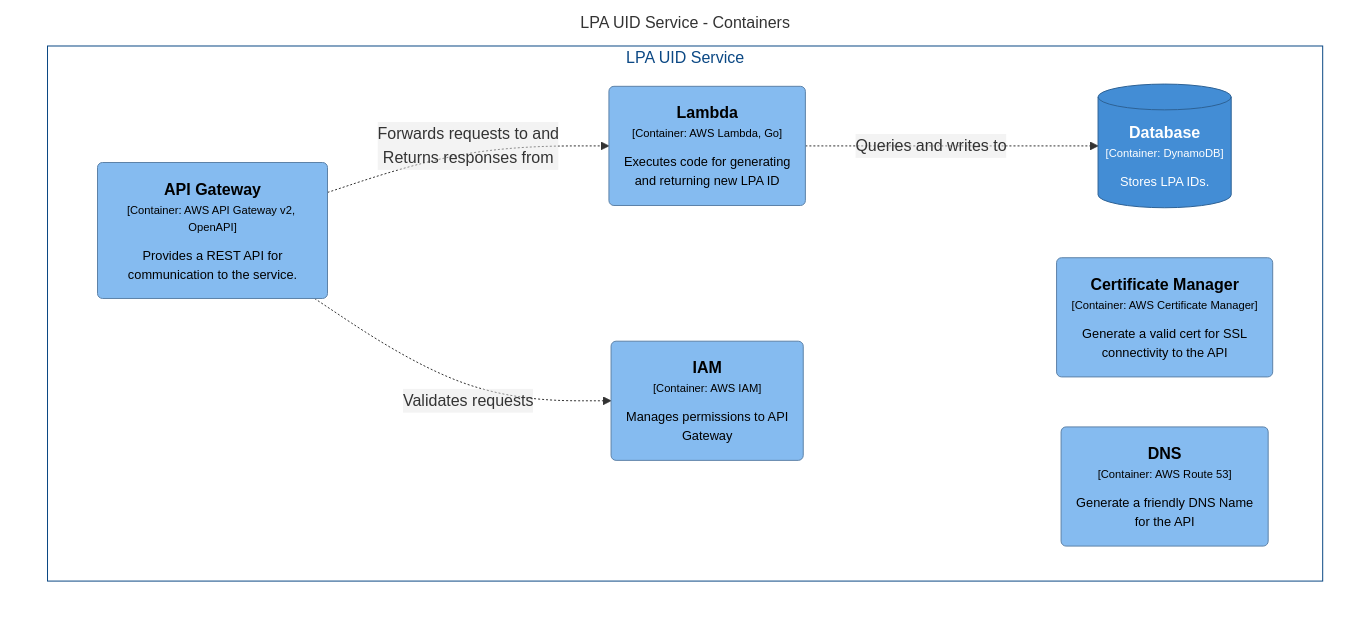
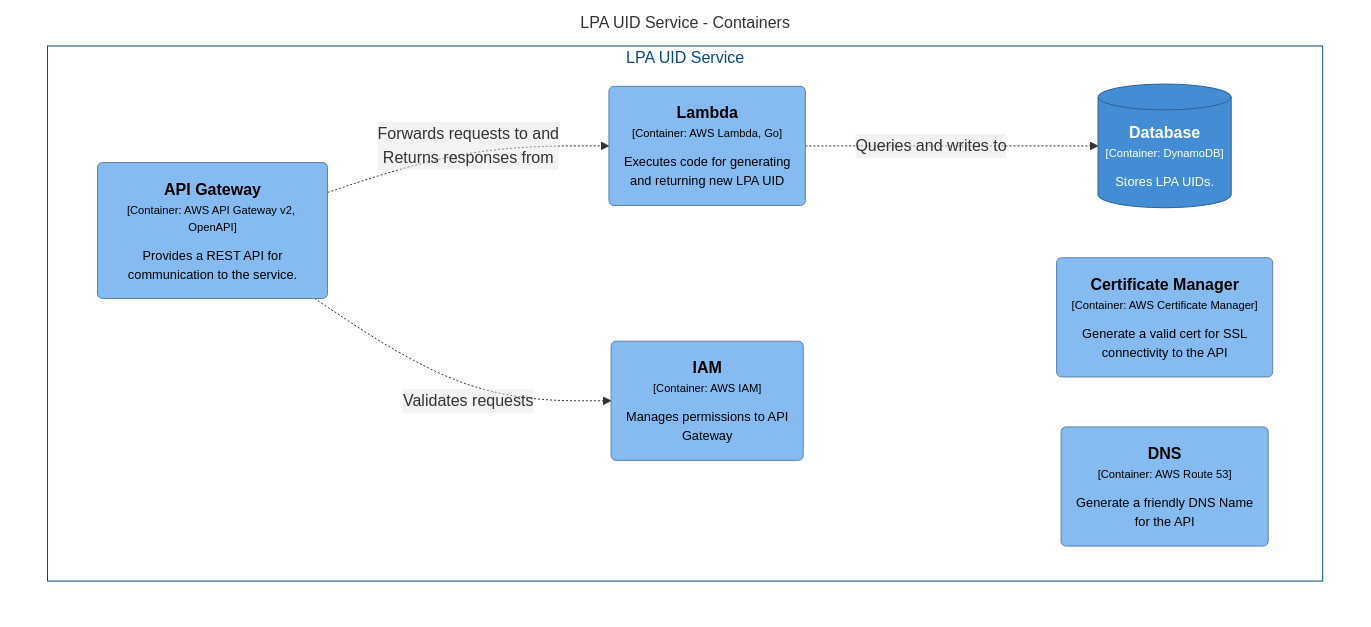
Before and after one commit to ministryofjustice/opg-technical-guidance: the diagram in dsl/poas/structurizr-lpaIDServiceContainers.mmd, drawn with Mermaid. The commit also changed 15 other files, not shown here.

```diff
--- a/dsl/poas/structurizr-lpaIDServiceContainers.mmd
+++ b/dsl/poas/structurizr-lpaIDServiceContainers.mmd
@@ -1,27 +1,27 @@
 graph TB
   linkStyle default fill:#ffffff
 
   subgraph diagram [LPA UID Service - Containers]
     style diagram fill:#ffffff,stroke:#ffffff
 
     subgraph 1 [LPA UID Service]
       style 1 fill:#ffffff,stroke:#0b4884,color:#0b4884
 
-      2[("<div style='font-weight: bold'>Database</div><div style='font-size: 70%; margin-top: 0px'>[Container: DynamoDB]</div><div style='font-size: 80%; margin-top:10px'>Stores LPA IDs.</div>")]
+      2[("<div style='font-weight: bold'>Database</div><div style='font-size: 70%; margin-top: 0px'>[Container: DynamoDB]</div><div style='font-size: 80%; margin-top:10px'>Stores LPA UIDs.</div>")]
       style 2 fill:#438dd5,stroke:#2e6295,color:#ffffff
-      3("<div style='font-weight: bold'>Lambda</div><div style='font-size: 70%; margin-top: 0px'>[Container: AWS Lambda, Go]</div><div style='font-size: 80%; margin-top:10px'>Executes code for generating<br />and returning new LPA ID</div>")
+      3("<div style='font-weight: bold'>Lambda</div><div style='font-size: 70%; margin-top: 0px'>[Container: AWS Lambda, Go]</div><div style='font-size: 80%; margin-top:10px'>Executes code for generating<br />and returning new LPA UID</div>")
       style 3 fill:#85bbf0,stroke:#5d82a8,color:#000000
       5("<div style='font-weight: bold'>IAM</div><div style='font-size: 70%; margin-top: 0px'>[Container: AWS IAM]</div><div style='font-size: 80%; margin-top:10px'>Manages permissions to API<br />Gateway</div>")
       style 5 fill:#85bbf0,stroke:#5d82a8,color:#000000
       6("<div style='font-weight: bold'>Certificate Manager</div><div style='font-size: 70%; margin-top: 0px'>[Container: AWS Certificate Manager]</div><div style='font-size: 80%; margin-top:10px'>Generate a valid cert for SSL<br />connectivity to the API</div>")
       style 6 fill:#85bbf0,stroke:#5d82a8,color:#000000
       7("<div style='font-weight: bold'>DNS</div><div style='font-size: 70%; margin-top: 0px'>[Container: AWS Route 53]</div><div style='font-size: 80%; margin-top:10px'>Generate a friendly DNS Name<br />for the API</div>")
       style 7 fill:#85bbf0,stroke:#5d82a8,color:#000000
       8("<div style='font-weight: bold'>API Gateway</div><div style='font-size: 70%; margin-top: 0px'>[Container: AWS API Gateway v2, OpenAPI]</div><div style='font-size: 80%; margin-top:10px'>Provides a REST API for<br />communication to the service.</div>")
       style 8 fill:#85bbf0,stroke:#5d82a8,color:#000000
     end
 
     8-. "<div>Validates requests</div><div style='font-size: 70%'></div>" .->5
     3-. "<div>Queries and writes to</div><div style='font-size: 70%'></div>" .->2
     8-. "<div>Forwards requests to and<br />Returns responses from</div><div style='font-size: 70%'></div>" .->3
   end
```
